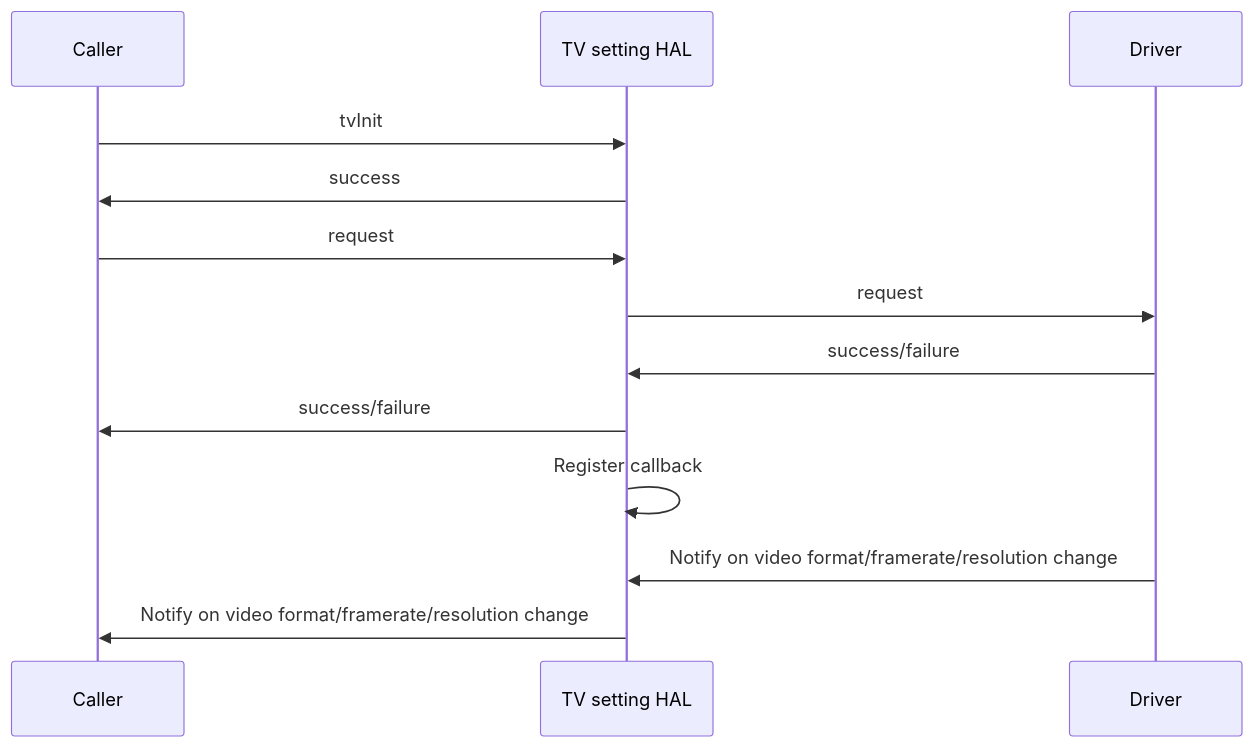
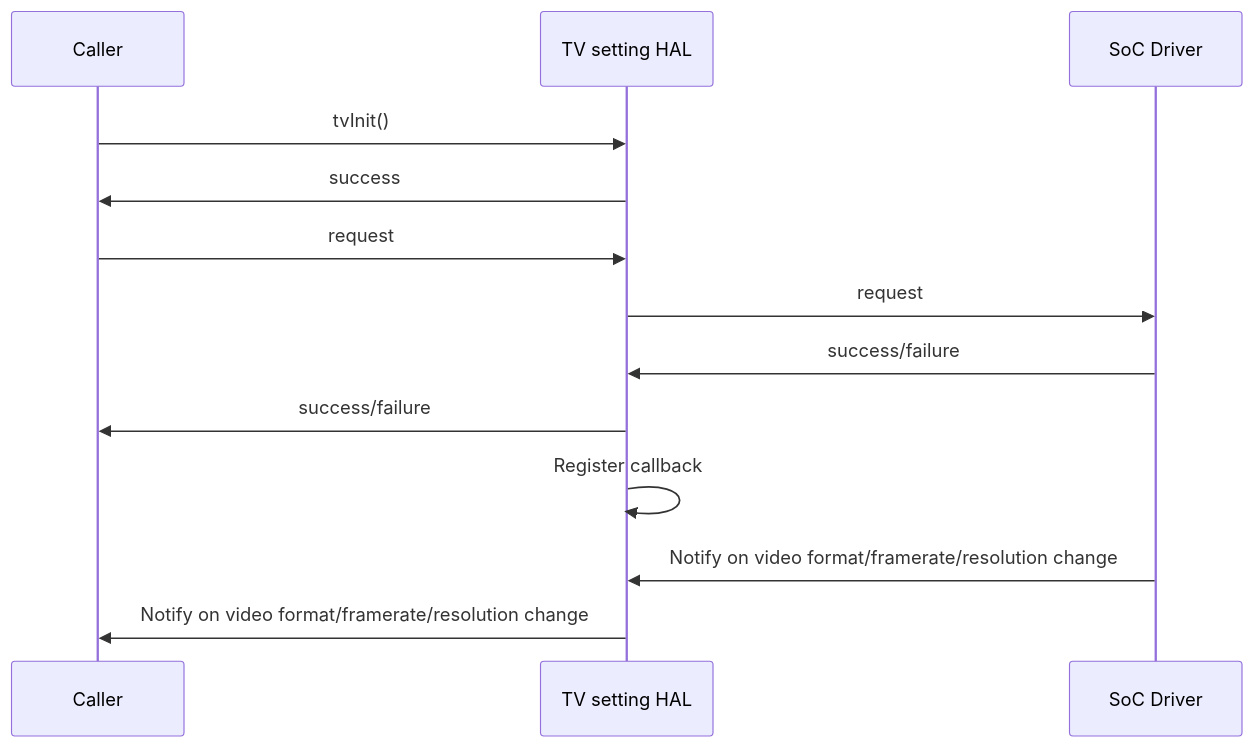
Before and after one commit to rdkcentral/rdkv-halif-tvsettings: the second of 3 diagrams in docs/pages/tv-settings_halSpec.md, drawn with Mermaid. The commit also changed other lines of this file and 4 other files, not shown here.

````diff
--- a/docs/pages/tv-settings_halSpec.md
+++ b/docs/pages/tv-settings_halSpec.md
@@ -175,12 +175,12 @@
 ```mermaid
 sequenceDiagram
-Caller ->> TV setting HAL: tvInit
+Caller ->> TV setting HAL: tvInit()
 TV setting HAL ->> Caller:success
 Caller ->> TV setting HAL: request
-TV setting HAL ->> Driver: request
-Driver ->> TV setting HAL:success/failure
+TV setting HAL ->> SoC Driver: request
+SoC Driver ->> TV setting HAL:success/failure
 TV setting HAL ->> Caller:success/failure
 TV setting HAL ->> TV setting HAL:Register callback
-Driver ->> TV setting HAL:Notify on video format/framerate/resolution change
+SoC Driver ->> TV setting HAL:Notify on video format/framerate/resolution change
 TV setting HAL ->> Caller:Notify on video format/framerate/resolution change
 ```
````
